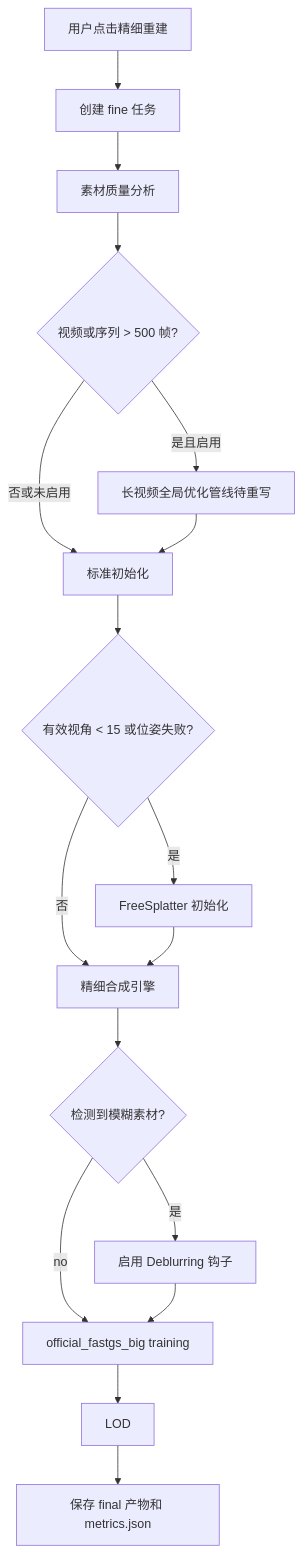
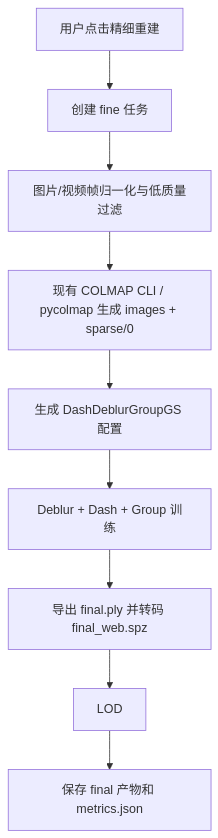
The second of 3 diagrams in doc/03-workflows-state.md (Braveliu66/3dgsbi), drawn with Mermaid before and after one commit. The commit also changed other lines of this file and 73 other files, not shown here.

````diff
--- a/doc/03-workflows-state.md
+++ b/doc/03-workflows-state.md
@@ -66,19 +66,11 @@
 ```mermaid
 flowchart TD
     Start["用户点击精细重建"] --> Queue["创建 fine 任务"]
-    Queue --> Analysis["素材质量分析"]
-    Analysis --> LongVideo{"视频或序列 > 500 帧?"}
-    LongVideo -- 是且启用 --> Global["长视频全局优化管线待重写"]
-    LongVideo -- 否或未启用 --> Init["标准初始化"]
-    Global --> Init
-    Init --> Sparse{"有效视角 < 15 或位姿失败?"}
-    Sparse -- 是 --> FreeSplatter["FreeSplatter 初始化"]
-    Sparse -- 否 --> Engine["精细合成引擎"]
-    FreeSplatter --> Engine
-    Engine --> Blur{"检测到模糊素材?"}
-    Blur -- 是 --> Deblur["启用 Deblurring 钩子"]
-    Blur -- no --> Train["official_fastgs_big training"]
-    Deblur --> Train
-    Train --> LOD
+    Queue --> Input["图片/视频帧归一化与低质量过滤"]
+    Input --> Colmap["现有 COLMAP CLI / pycolmap 生成 images + sparse/0"]
+    Colmap --> Config["生成 DashDeblurGroupGS 配置"]
+    Config --> Train["Deblur + Dash + Group 训练"]
+    Train --> Export["导出 final.ply 并转码 final_web.spz"]
+    Export --> LOD
     LOD --> Save["保存 final 产物和 metrics.json"]
 ```
````
